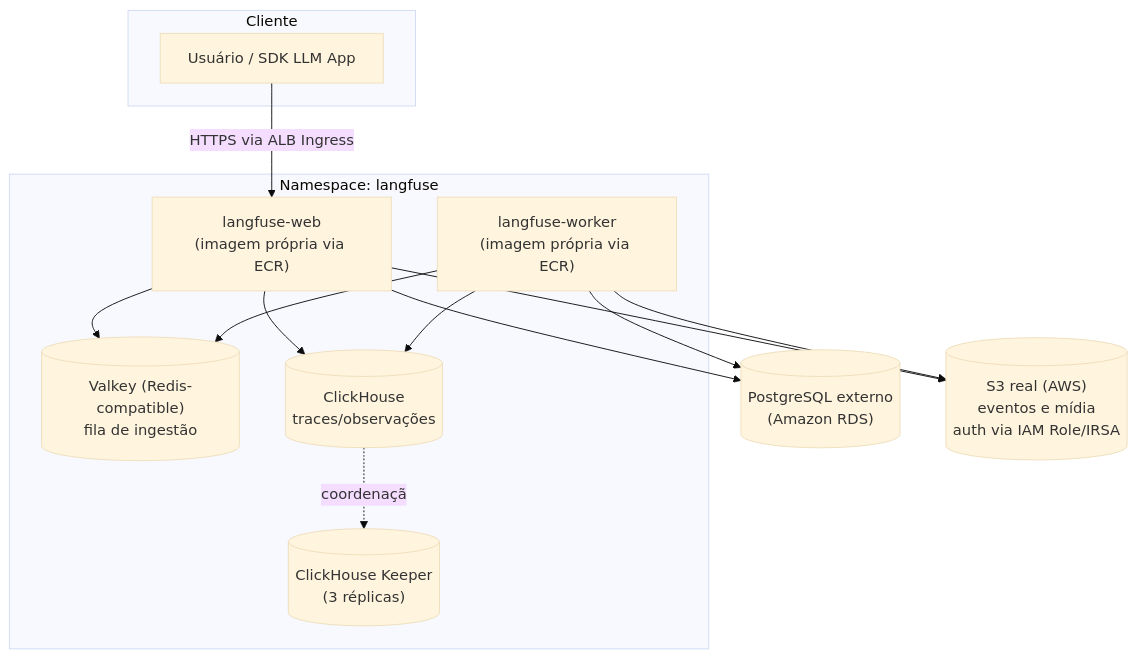
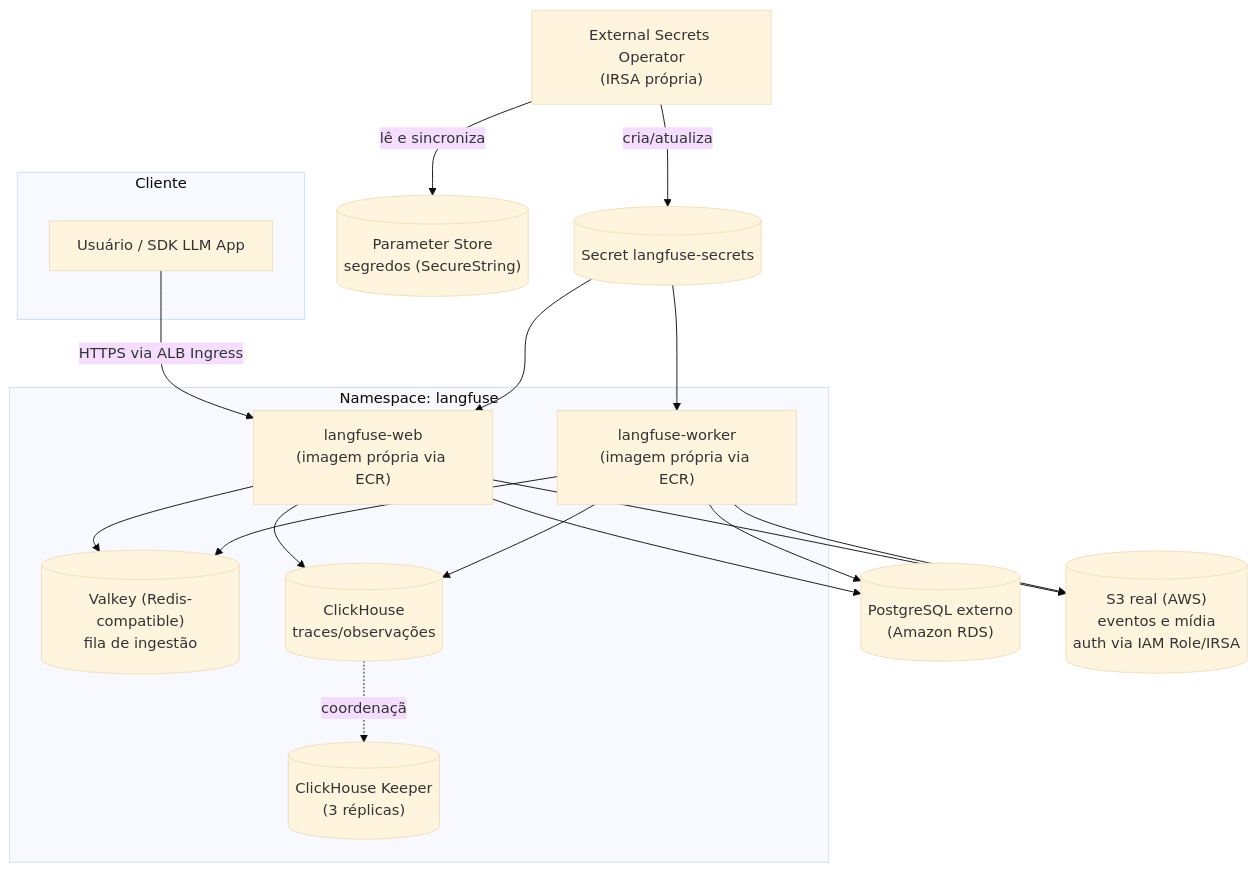
The diagram in README.md (wesleite/langfuse), drawn with Mermaid (base theme) before and after one commit. The commit also changed other lines of this file and 11 other files, not shown here.

First line of the commit message:
Unifica values/Dockerfiles do Langfuse e move segredos para Parameter Store

````diff
--- a/README.md
+++ b/README.md
@@ -25,28 +25,34 @@
 ```mermaid
 flowchart TB
     subgraph Cliente
         U[Usuário / SDK LLM App]
     end
 
     subgraph "Namespace: langfuse"
         WEB["langfuse-web<br/>(imagem própria via ECR)"]
         WORKER["langfuse-worker<br/>(imagem própria via ECR)"]
         REDIS[("Valkey (Redis-compatible)<br/>fila de ingestão")]
         CH[("ClickHouse<br/>traces/observações")]
         KEEPER[("ClickHouse Keeper<br/>(3 réplicas)")]
     end
 
     RDS[("PostgreSQL externo<br/>(Amazon RDS)")]
     S3[("S3 real (AWS)<br/>eventos e mídia<br/>auth via IAM Role/IRSA")]
+    SSM[("Parameter Store<br/>segredos (SecureString)")]
+    ESO["External Secrets Operator<br/>(IRSA própria)"]
 
     U -->|HTTPS via ALB Ingress| WEB
     WEB --> RDS
     WEB --> REDIS
     WEB --> CH
     WEB --> S3
     WORKER --> RDS
     WORKER --> REDIS
     WORKER --> CH
     WORKER --> S3
     CH -.coordenação.-> KEEPER
+    ESO -->|lê e sincroniza| SSM
+    ESO -->|cria/atualiza| SECRET[("Secret langfuse-secrets")]
+    SECRET --> WEB
+    SECRET --> WORKER
 ```
````
